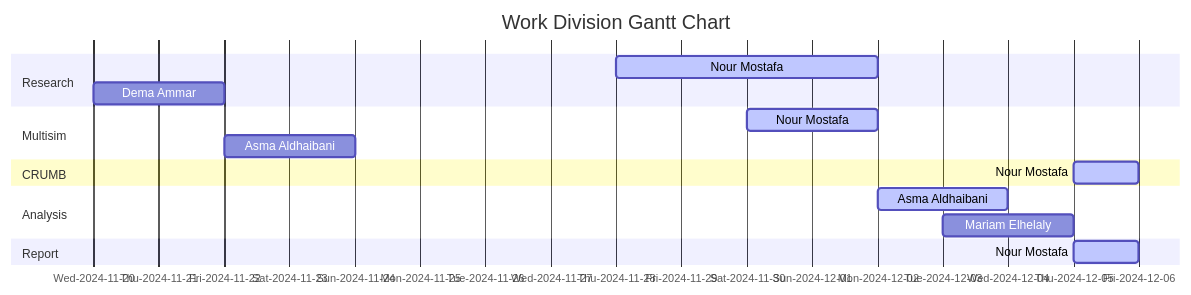
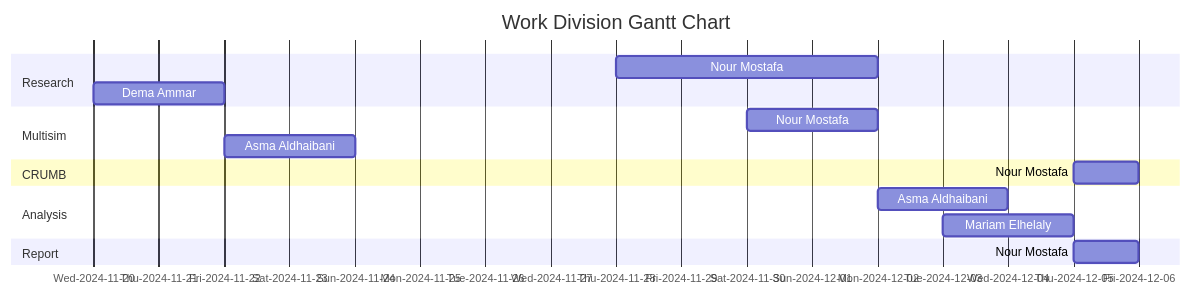
The diagram in MOSFET Audio Amplifier with Low Distortion (20Hz-20kHz)/README.md (Nour-MK/MyCircuitDesigns), drawn with Mermaid before and after one commit.

````diff
--- a/MOSFET Audio Amplifier with Low Distortion (20Hz-20kHz)/README.md
+++ b/MOSFET Audio Amplifier with Low Distortion (20Hz-20kHz)/README.md
@@ -652,20 +652,20 @@
 ```mermaid
 gantt
     title Work Division Gantt Chart
     tickInterval 1day
     todayMarker off
     axisFormat %a-%Y-%m-%d
     section Research         
-        Nour Mostafa : active, 2024-11-28 00:00, 4d
+        Nour Mostafa : 2024-11-28 00:00, 4d
         Dema Ammar : 2024-11-20 00:00, 2d
     section Multisim         
-        Nour Mostafa : active, 2024-11-30 00:00, 2d
+        Nour Mostafa : 2024-11-30 00:00, 2d
         Asma Aldhaibani : 2024-11-22 00:00, 2d
     section CRUMB       
-        Nour Mostafa : active, 2024-12-5 00:00, 1d
+        Nour Mostafa : 2024-12-5 00:00, 1d
     section Analysis       
-        Asma Aldhaibani : active, 2024-12-02 00:00, 1.5d
+        Asma Aldhaibani : 2024-12-02 00:00, 1.5d
         Mariam Elhelaly : 2024-12-03 00:00, 1.5d
     section Report
-        Nour Mostafa : active, 2024-12-5 00:00, 1d
+        Nour Mostafa : 2024-12-5 00:00, 1d
 ```
````
